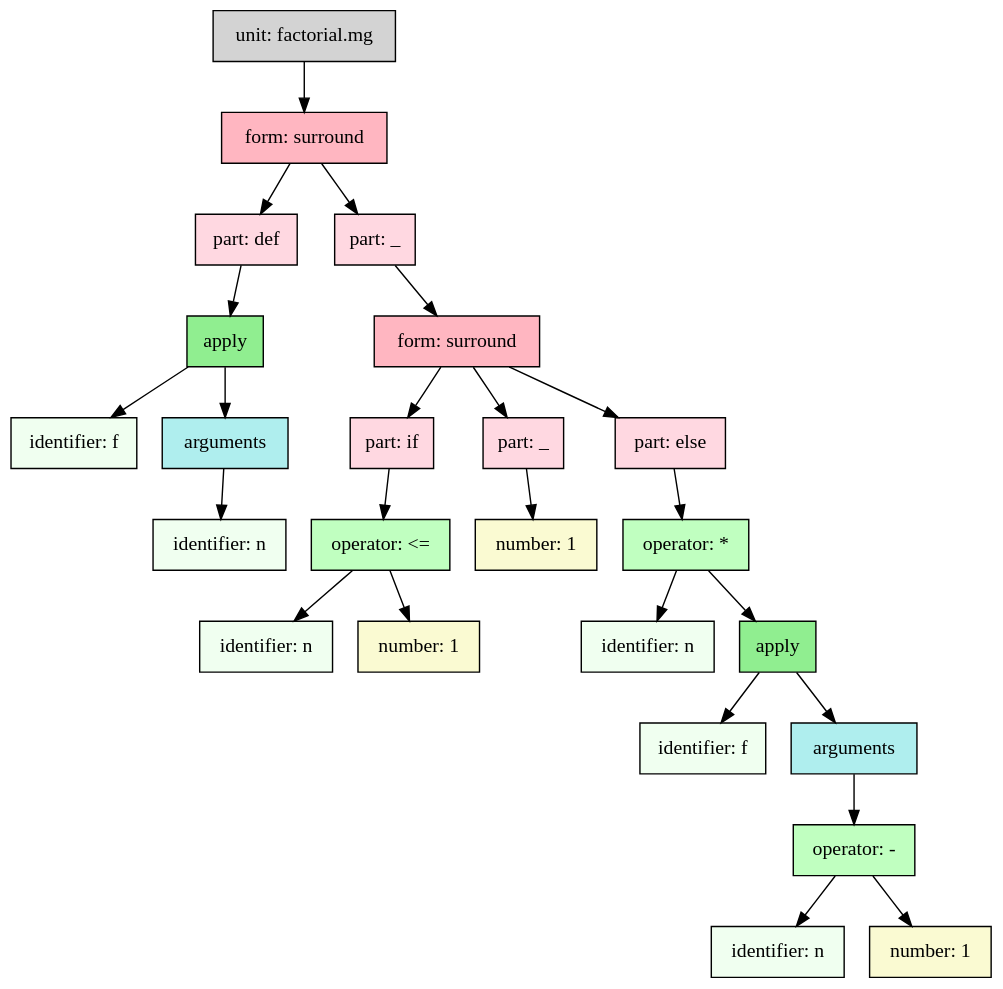
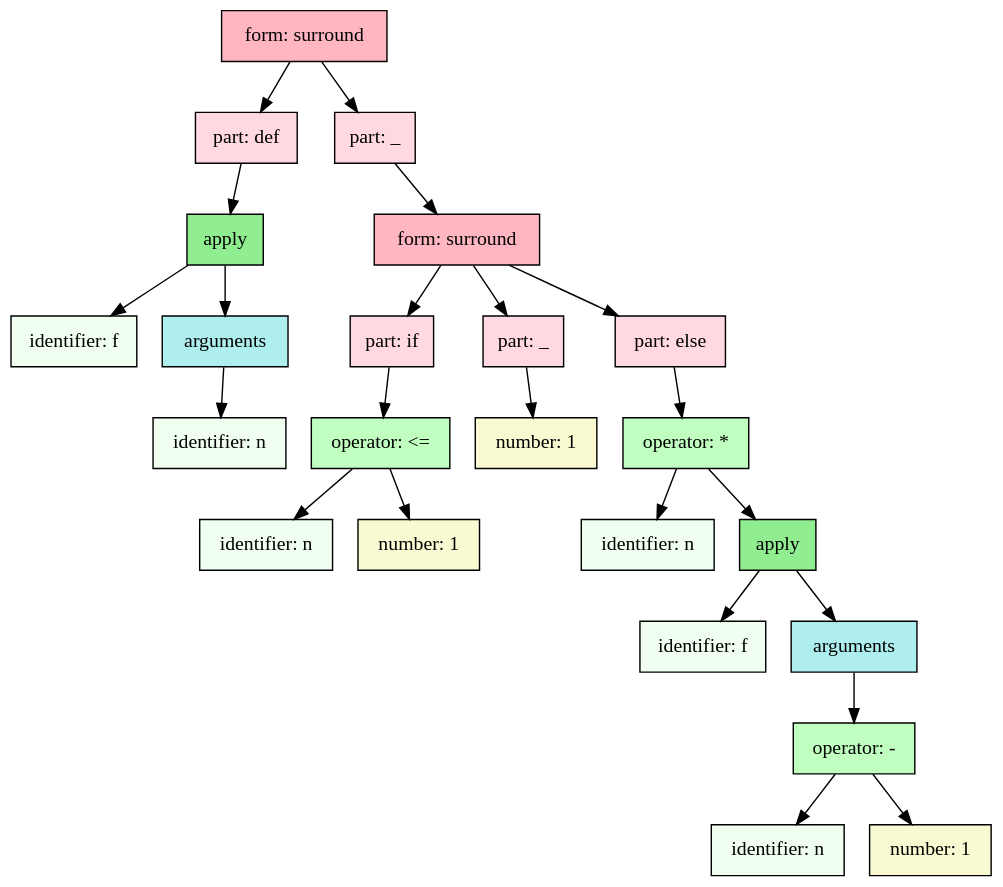
One commit to monogram-project/monogram changed the second of 2 diagrams in docs/factorial.md. Above: the diagram before and after it, drawn with Graphviz. The commit also changed other lines of this file and 10 other files, not shown here.

````diff
--- a/docs/factorial.md
+++ b/docs/factorial.md
@@ -358,53 +352,51 @@
 ```dot
 digraph G {
   bgcolor="transparent";
   node [shape="box", style="filled", fontname="Ubuntu Mono"];
-  "node_0xc00007ea50" [label="unit: factorial.mg", shape="box", fillcolor="lightgray"];
-  "node_0xc00007e9c0" [label="form: surround", shape="box", fillcolor="lightpink"];
-  "node_0xc00007ea50" -> "node_0xc00007e9c0";
-  "node_0xc00007e360" [label="part: def", shape="box", fillcolor="#FFD8E1"];
-  "node_0xc00007e9c0" -> "node_0xc00007e360";
-  "node_0xc00007e300" [label="apply", shape="box", fillcolor="lightgreen"];
-  "node_0xc00007e360" -> "node_0xc00007e300";
-  "node_0xc00007e210" [label="identifier: f", shape="box", fillcolor="Honeydew"];
-  "node_0xc00007e300" -> "node_0xc00007e210";
-  "node_0xc00007e2a0" [label="arguments", shape="box", fillcolor="PaleTurquoise"];
-  "node_0xc00007e300" -> "node_0xc00007e2a0";
-  "node_0xc00007e270" [label="identifier: n", shape="box", fillcolor="Honeydew"];
-  "node_0xc00007e2a0" -> "node_0xc00007e270";
-  "node_0xc00007e990" [label="part: _", shape="box", fillcolor="#FFD8E1"];
-  "node_0xc00007e9c0" -> "node_0xc00007e990";
-  "node_0xc00007e900" [label="form: surround", shape="box", fillcolor="lightpink"];
-  "node_0xc00007e990" -> "node_0xc00007e900";
-  "node_0xc00007e4e0" [label="part: if", shape="box", fillcolor="#FFD8E1"];
-  "node_0xc00007e900" -> "node_0xc00007e4e0";
-  "node_0xc00007e480" [label="operator: <=", shape="box", fillcolor="#C0FFC0"];
-  "node_0xc00007e4e0" -> "node_0xc00007e480";
-  "node_0xc00007e3c0" [label="identifier: n", shape="box", fillcolor="Honeydew"];
-  "node_0xc00007e480" -> "node_0xc00007e3c0";
-  "node_0xc00007e420" [label="number: 1", shape="box", fillcolor="lightgoldenrodyellow"];
-  "node_0xc00007e480" -> "node_0xc00007e420";
-  "node_0xc00007e5a0" [label="part: _", shape="box", fillcolor="#FFD8E1"];
-  "node_0xc00007e900" -> "node_0xc00007e5a0";
-  "node_0xc00007e540" [label="number: 1", shape="box", fillcolor="lightgoldenrodyellow"];
-  "node_0xc00007e5a0" -> "node_0xc00007e540";
-  "node_0xc00007e8d0" [label="part: else", shape="box", fillcolor="#FFD8E1"];
-  "node_0xc00007e900" -> "node_0xc00007e8d0";
-  "node_0xc00007e870" [label="operator: *", shape="box", fillcolor="#C0FFC0"];
-  "node_0xc00007e8d0" -> "node_0xc00007e870";
-  "node_0xc00007e600" [label="identifier: n", shape="box", fillcolor="Honeydew"];
-  "node_0xc00007e870" -> "node_0xc00007e600";
-  "node_0xc00007e810" [label="apply", shape="box", fillcolor="lightgreen"];
-  "node_0xc00007e870" -> "node_0xc00007e810";
-  "node_0xc00007e660" [label="identifier: f", shape="box", fillcolor="Honeydew"];
-  "node_0xc00007e810" -> "node_0xc00007e660";
-  "node_0xc00007e7b0" [label="arguments", shape="box", fillcolor="PaleTurquoise"];
-  "node_0xc00007e810" -> "node_0xc00007e7b0";
-  "node_0xc00007e780" [label="operator: -", shape="box", fillcolor="#C0FFC0"];
-  "node_0xc00007e7b0" -> "node_0xc00007e780";
-  "node_0xc00007e6c0" [label="identifier: n", shape="box", fillcolor="Honeydew"];
-  "node_0xc00007e780" -> "node_0xc00007e6c0";
-  "node_0xc00007e720" [label="number: 1", shape="box", fillcolor="lightgoldenrodyellow"];
-  "node_0xc00007e780" -> "node_0xc00007e720";
+  "node_0xc00007c9c0" [label="form: surround", shape="box", fillcolor="lightpink"];
+  "node_0xc00007c360" [label="part: def", shape="box", fillcolor="#FFD8E1"];
+  "node_0xc00007c9c0" -> "node_0xc00007c360";
+  "node_0xc00007c300" [label="apply", shape="box", fillcolor="lightgreen"];
+  "node_0xc00007c360" -> "node_0xc00007c300";
+  "node_0xc00007c210" [label="identifier: f", shape="box", fillcolor="Honeydew"];
+  "node_0xc00007c300" -> "node_0xc00007c210";
+  "node_0xc00007c2a0" [label="arguments", shape="box", fillcolor="PaleTurquoise"];
+  "node_0xc00007c300" -> "node_0xc00007c2a0";
+  "node_0xc00007c270" [label="identifier: n", shape="box", fillcolor="Honeydew"];
+  "node_0xc00007c2a0" -> "node_0xc00007c270";
+  "node_0xc00007c990" [label="part: _", shape="box", fillcolor="#FFD8E1"];
+  "node_0xc00007c9c0" -> "node_0xc00007c990";
+  "node_0xc00007c900" [label="form: surround", shape="box", fillcolor="lightpink"];
+  "node_0xc00007c990" -> "node_0xc00007c900";
+  "node_0xc00007c4e0" [label="part: if", shape="box", fillcolor="#FFD8E1"];
+  "node_0xc00007c900" -> "node_0xc00007c4e0";
+  "node_0xc00007c480" [label="operator: <=", shape="box", fillcolor="#C0FFC0"];
+  "node_0xc00007c4e0" -> "node_0xc00007c480";
+  "node_0xc00007c3c0" [label="identifier: n", shape="box", fillcolor="Honeydew"];
+  "node_0xc00007c480" -> "node_0xc00007c3c0";
+  "node_0xc00007c420" [label="number: 1", shape="box", fillcolor="lightgoldenrodyellow"];
+  "node_0xc00007c480" -> "node_0xc00007c420";
+  "node_0xc00007c5a0" [label="part: _", shape="box", fillcolor="#FFD8E1"];
+  "node_0xc00007c900" -> "node_0xc00007c5a0";
+  "node_0xc00007c540" [label="number: 1", shape="box", fillcolor="lightgoldenrodyellow"];
+  "node_0xc00007c5a0" -> "node_0xc00007c540";
+  "node_0xc00007c8d0" [label="part: else", shape="box", fillcolor="#FFD8E1"];
+  "node_0xc00007c900" -> "node_0xc00007c8d0";
+  "node_0xc00007c870" [label="operator: *", shape="box", fillcolor="#C0FFC0"];
+  "node_0xc00007c8d0" -> "node_0xc00007c870";
+  "node_0xc00007c600" [label="identifier: n", shape="box", fillcolor="Honeydew"];
+  "node_0xc00007c870" -> "node_0xc00007c600";
+  "node_0xc00007c810" [label="apply", shape="box", fillcolor="lightgreen"];
+  "node_0xc00007c870" -> "node_0xc00007c810";
+  "node_0xc00007c660" [label="identifier: f", shape="box", fillcolor="Honeydew"];
+  "node_0xc00007c810" -> "node_0xc00007c660";
+  "node_0xc00007c7b0" [label="arguments", shape="box", fillcolor="PaleTurquoise"];
+  "node_0xc00007c810" -> "node_0xc00007c7b0";
+  "node_0xc00007c780" [label="operator: -", shape="box", fillcolor="#C0FFC0"];
+  "node_0xc00007c7b0" -> "node_0xc00007c780";
+  "node_0xc00007c6c0" [label="identifier: n", shape="box", fillcolor="Honeydew"];
+  "node_0xc00007c780" -> "node_0xc00007c6c0";
+  "node_0xc00007c720" [label="number: 1", shape="box", fillcolor="lightgoldenrodyellow"];
+  "node_0xc00007c780" -> "node_0xc00007c720";
 }
 ```
````
